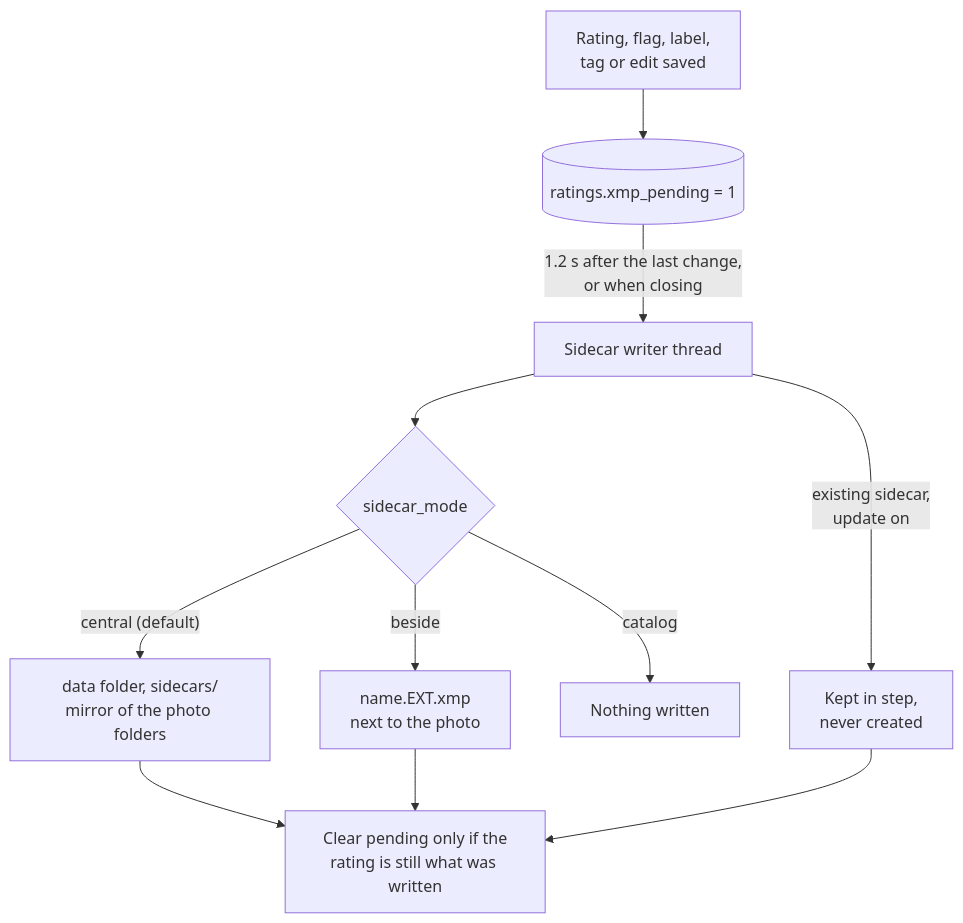
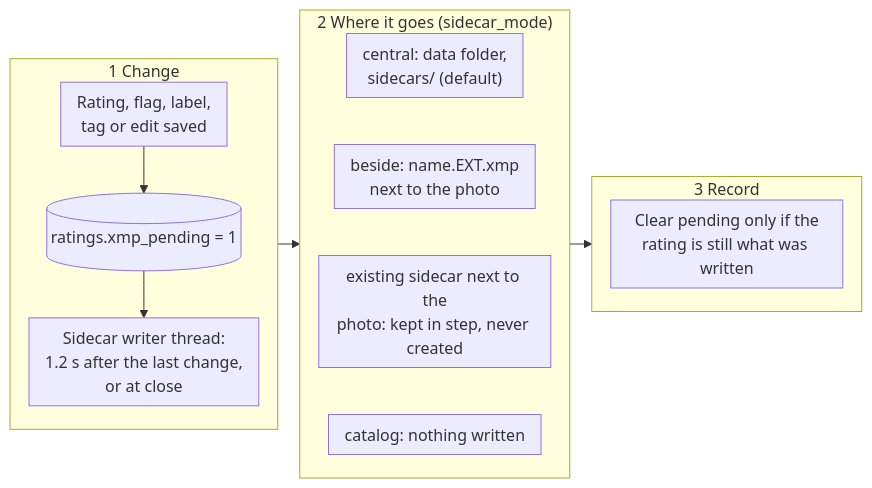
One commit to AxialForge/Lunelis changed the sixth of 14 diagrams in docs/src/dataflow-lunelis.md. Above: the diagram before and after it, drawn with Mermaid. The commit also changed other lines of this file and 3 other files, not shown here.

Commit message:
Kit: keep table header and last rows with their neighbours, taller figures, diagram and table guidance in the style guide

````diff
--- a/docs/src/dataflow-lunelis.md
+++ b/docs/src/dataflow-lunelis.md
@@ -229,13 +190,17 @@
 ```mermaid Sidecar export. One setting picks where the file goes, and an existing sidecar can be kept in step as well.
-flowchart TD
-  A["Rating, flag, label,<br/>tag or edit saved"] --> B[("ratings.xmp_pending = 1")]
-  B -- "1.2 s after the last change,<br/>or when closing" --> C["Sidecar writer thread"]
-  C --> D{"sidecar_mode"}
-  D -- "central (default)" --> E["data folder, sidecars/<br/>mirror of the photo folders"]
-  D -- beside --> F["name.EXT.xmp<br/>next to the photo"]
-  D -- catalog --> G["Nothing written"]
-  C -- "existing sidecar,<br/>update on" --> H["Kept in step,<br/>never created"]
-  E --> I["Clear pending only if the<br/>rating is still what was written"]
-  F --> I
-  H --> I
+%%{init: {"flowchart": {"rankSpacing": 22, "nodeSpacing": 18, "padding": 8}}}%%
+flowchart LR
+  subgraph c1["1 Change"]
+    direction TB
+    A["Rating, flag, label,<br/>tag or edit saved"] --> B[("ratings.xmp_pending = 1")] --> C["Sidecar writer thread:<br/>1.2 s after the last change,<br/>or at close"]
+  end
+  subgraph c2["2 Where it goes (sidecar_mode)"]
+    direction TB
+    E["central: data folder,<br/>sidecars/ (default)"] ~~~ F["beside: name.EXT.xmp<br/>next to the photo"] ~~~ H["existing sidecar next to the<br/>photo: kept in step, never created"] ~~~ G["catalog: nothing written"]
+  end
+  subgraph c3["3 Record"]
+    direction TB
+    I["Clear pending only if the<br/>rating is still what was written"]
+  end
+  c1 --> c2 --> c3
 ```
````
